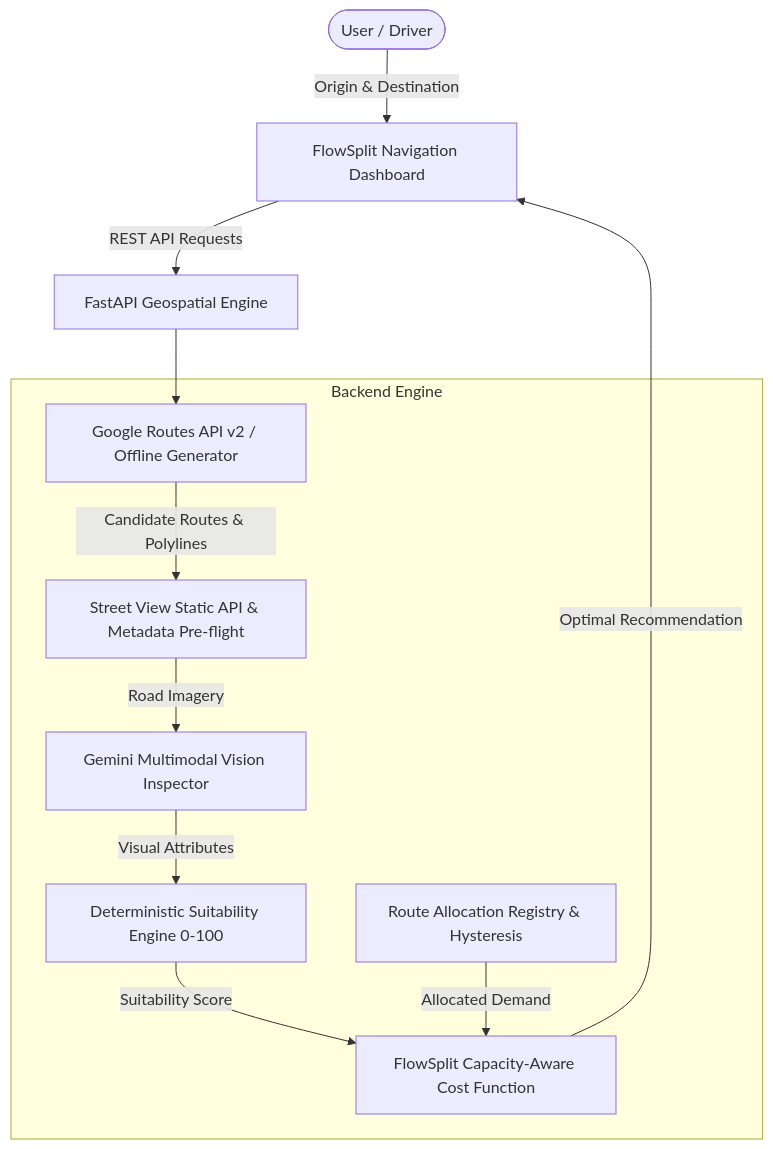
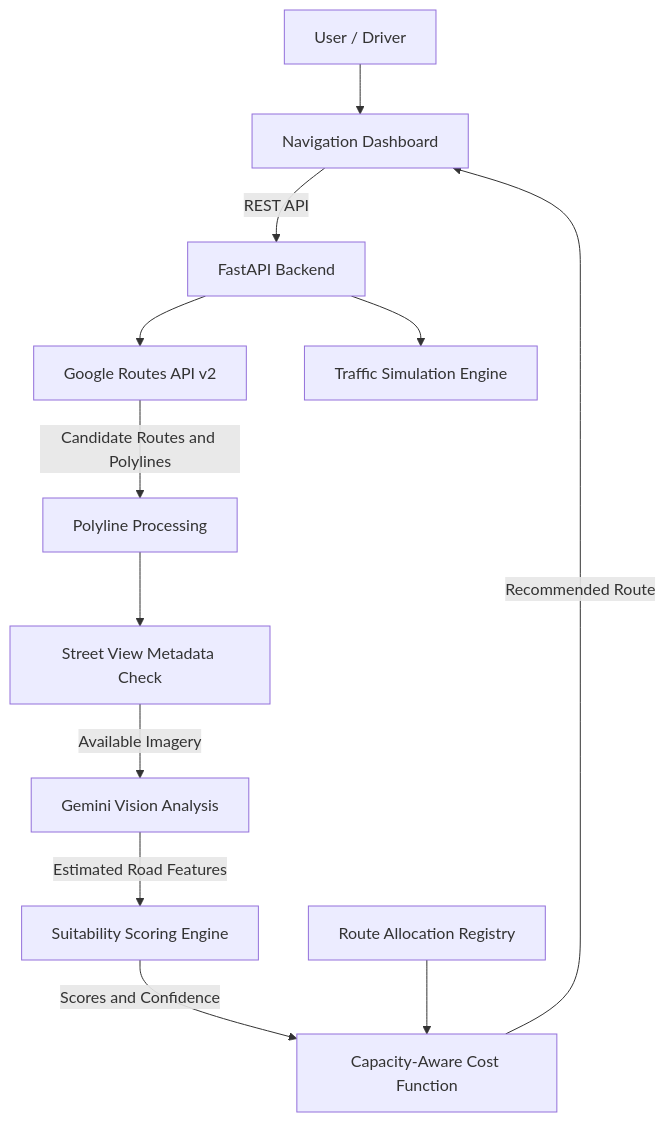
The diagram in README.md (ADITYASHARMAjac/gdg), drawn with Mermaid before and after one commit. The commit also changed other lines of this file, not shown here.

````diff
--- a/README.md
+++ b/README.md
@@ -11,22 +28,19 @@
 ```mermaid
 flowchart TD
-    User([User / Driver]) -->|Origin & Destination| Frontend[FlowSplit Navigation Dashboard]
-    Frontend -->|REST API Requests| Backend[FastAPI Geospatial Engine]
+    U[User / Driver] --> F[Navigation Dashboard]
+    F -->|REST API| B[FastAPI Backend]
 
-    subgraph Backend Engine
-        RoutesSvc[Google Routes API v2 / Offline Generator]
-        StreetViewSvc[Street View Static API & Metadata Pre-flight]
-        GeminiSvc[Gemini Multimodal Vision Inspector]
-        ScoringEngine[Deterministic Suitability Engine 0-100]
-        RoutingEngine[FlowSplit Capacity-Aware Cost Function]
-        Registry[Route Allocation Registry & Hysteresis]
-    end
+    B --> R[Google Routes API v2]
+    R -->|Candidate Routes and Polylines| P[Polyline Processing]
 
-    Backend --> RoutesSvc
-    RoutesSvc -->|Candidate Routes & Polylines| StreetViewSvc
-    StreetViewSvc -->|Road Imagery| GeminiSvc
-    GeminiSvc -->|Visual Attributes| ScoringEngine
-    ScoringEngine -->|Suitability Score| RoutingEngine
-    Registry -->|Allocated Demand| RoutingEngine
-    RoutingEngine -->|Optimal Recommendation| Frontend
+    P --> S[Street View Metadata Check]
+    S -->|Available Imagery| G[Gemini Vision Analysis]
+
+    G -->|Estimated Road Features| E[Suitability Scoring Engine]
+    E -->|Scores and Confidence| C[Capacity-Aware Cost Function]
+
+    A[Route Allocation Registry] --> C
+    C -->|Recommended Route| F
+
+    B --> SIM[Traffic Simulation Engine]
 ```
````
